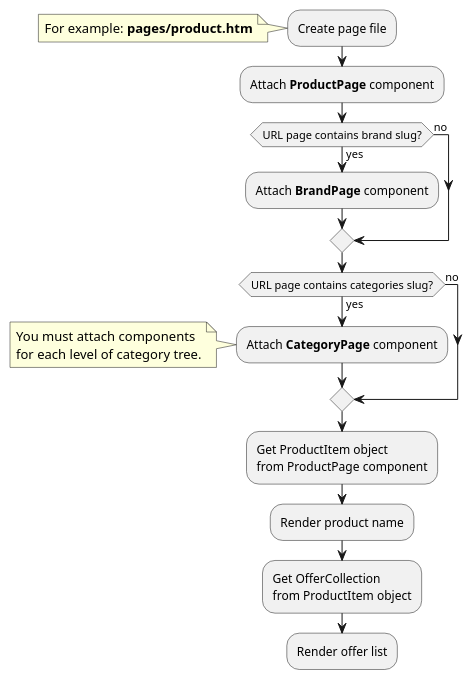
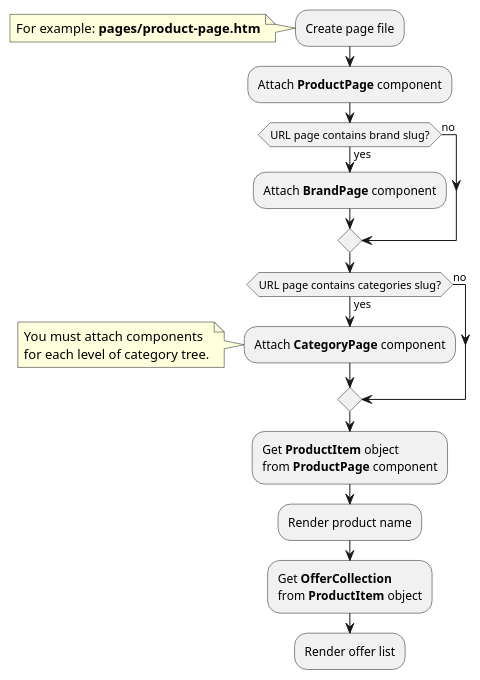
One commit to oc-shopaholic/oc-shopaholic-docs changed the first of 2 diagrams in modules/offer/examples.md. Above: the diagram before and after it, drawn with PlantUML. The commit also changed other lines of this file and 11 other files, not shown here.

````diff
--- a/modules/offer/examples.md
+++ b/modules/offer/examples.md
@@ -15,27 +15,27 @@
 ```plantuml
 @startuml
 :Create page file;
 note left
-    For example: **pages/product.htm**
+    For example: **pages/product-page.htm**
 end note
 :Attach **ProductPage** component;
 if (URL page contains brand slug?) then (yes)
     :Attach **BrandPage** component;
 else (no)
 endif
 if (URL page contains categories slug?) then (yes)
     :Attach **CategoryPage** component;
     note left
         You must attach components
         for each level of category tree.
     end note
 else (no)
 endif
-:Get ProductItem object
-from ProductPage component;
+:Get **ProductItem** object
+from **ProductPage** component;
 :Render product name;
-:Get OfferCollection
-from ProductItem object;
+:Get **OfferCollection**
+from **ProductItem** object;
 :Render offer list;
 @enduml
 ```
````
